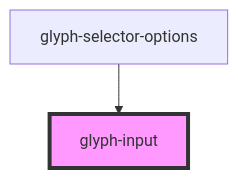
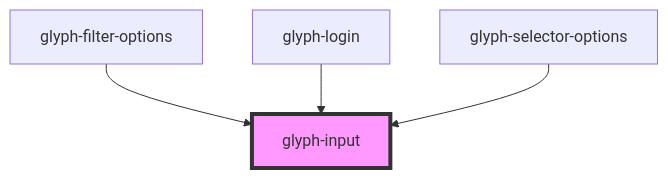
The diagram in packages/glyph-components/src/components/input/readme.md (adrianiy/synth-ui), drawn with Mermaid before and after one commit. The commit also changed other lines of this file and 23 other files, not shown here.

````diff
--- a/packages/glyph-components/src/components/input/readme.md
+++ b/packages/glyph-components/src/components/input/readme.md
@@ -35,5 +37,7 @@
 ```mermaid
 graph TD;
+  glyph-filter-options --> glyph-input
+  glyph-login --> glyph-input
   glyph-selector-options --> glyph-input
   style glyph-input fill:#f9f,stroke:#333,stroke-width:4px
 ```
````
